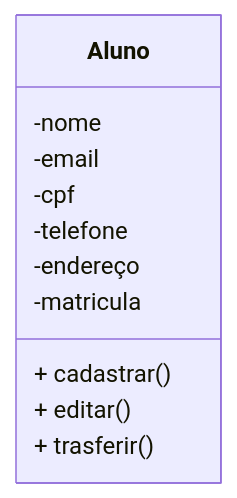
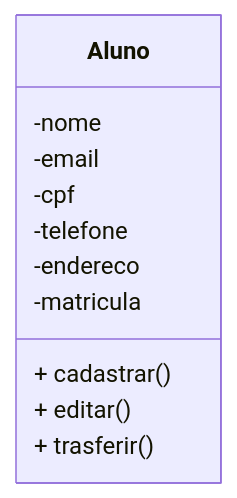
Before and after one commit to Adri2905/universidade: the second of 2 diagrams in readme.md, drawn with Mermaid. The commit also changed other lines of this file and 6 other files, not shown here.

````diff
--- a/readme.md
+++ b/readme.md
@@ -20,14 +20,14 @@
 ```mermaid
 classDiagram
     class Aluno{
         -nome
         -email
         -cpf
         -telefone
-        -endereço
+        -endereco
         -matricula
         + cadastrar()
         + editar()
         + trasferir()
     }
 ```
````
